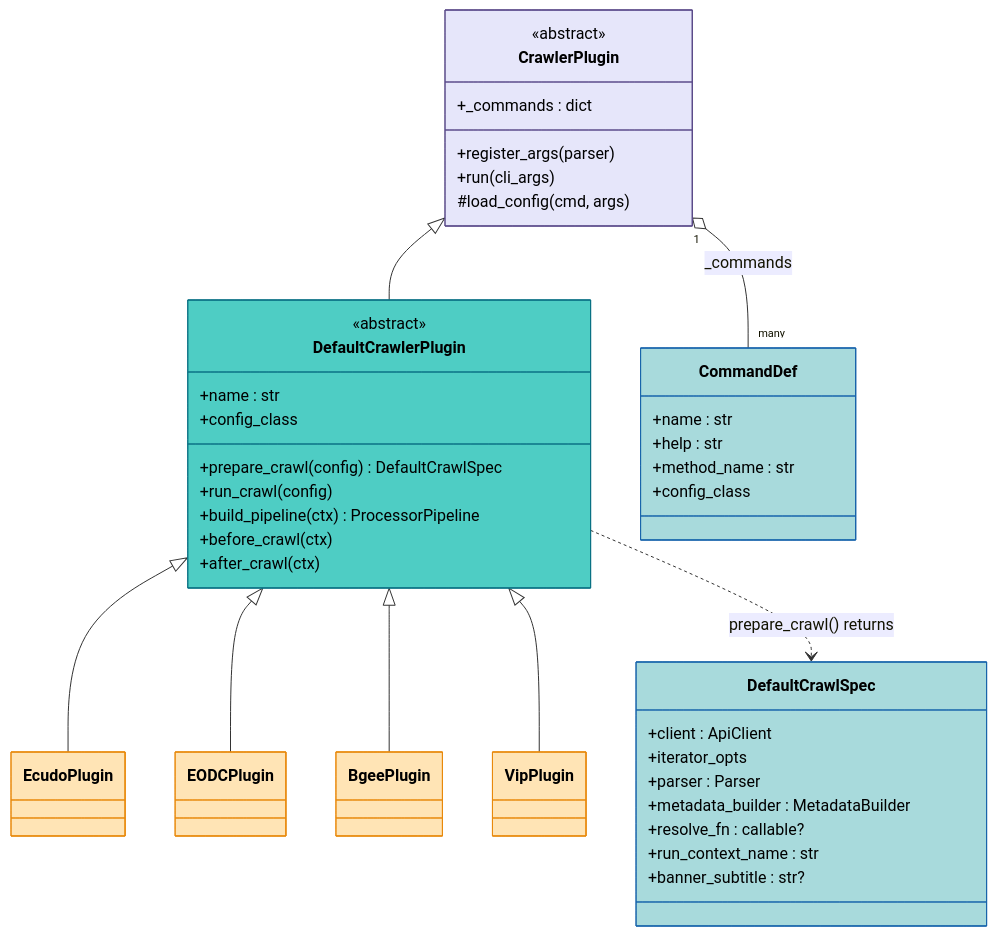
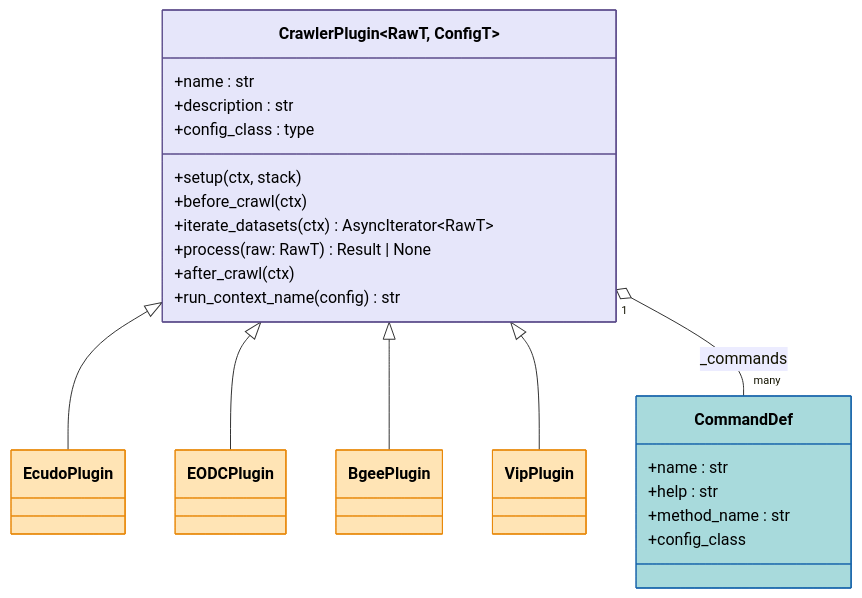
One commit to bergamote156/repository-crawlers changed the first of 4 diagrams in docs/crawlers/arch/plugin-system.md. Above: the diagram before and after it, drawn with Mermaid. The commit also changed other lines of this file and 7 other files, not shown here.

````diff
--- a/docs/crawlers/arch/plugin-system.md
+++ b/docs/crawlers/arch/plugin-system.md
@@ -48,61 +39,40 @@
 ```mermaid
 classDiagram
-    class CrawlerPlugin {
-        <<abstract>>
-        +_commands : dict
-        +register_args(parser)
-        +run(cli_args)
-        #load_config(cmd, args)
-    }
-
-    class DefaultCrawlerPlugin {
-        <<abstract>>
+    class CrawlerPlugin~RawT, ConfigT~ {
         +name : str
-        +config_class
-        +prepare_crawl(config) DefaultCrawlSpec
-        +run_crawl(config)
-        +build_pipeline(ctx) ProcessorPipeline
+        +description : str
+        +config_class : type
+        +setup(ctx, stack)
         +before_crawl(ctx)
+        +iterate_datasets(ctx) AsyncIterator~RawT~
+        +process(raw: RawT) Result | None
         +after_crawl(ctx)
+        +run_context_name(config) str
     }
 
     class CommandDef {
         +name : str
         +help : str
         +method_name : str
         +config_class
     }
 
-    class DefaultCrawlSpec {
-        +client : ApiClient
-        +iterator_opts
-        +parser : Parser
-        +metadata_builder : MetadataBuilder
-        +resolve_fn : callable?
-        +run_context_name : str
-        +banner_subtitle : str?
-    }
-
     class EcudoPlugin
     class EODCPlugin
     class BgeePlugin
     class VipPlugin
 
-    CrawlerPlugin <|-- DefaultCrawlerPlugin
-    DefaultCrawlerPlugin <|-- EcudoPlugin
-    DefaultCrawlerPlugin <|-- EODCPlugin
-    DefaultCrawlerPlugin <|-- BgeePlugin
-    DefaultCrawlerPlugin <|-- VipPlugin
+    CrawlerPlugin <|-- EcudoPlugin
+    CrawlerPlugin <|-- EODCPlugin
+    CrawlerPlugin <|-- BgeePlugin
+    CrawlerPlugin <|-- VipPlugin
 
     CrawlerPlugin "1" o-- "many" CommandDef : _commands
-    DefaultCrawlerPlugin ..> DefaultCrawlSpec : prepare_crawl() returns
 
     style CrawlerPlugin fill:#E6E6FA,stroke:#5B4B8A,color:#000
-    style DefaultCrawlerPlugin fill:#4ECDC4,stroke:#0B7285,color:#000
-    style DefaultCrawlSpec fill:#A8DADC,stroke:#1864AB,color:#000
     style CommandDef fill:#A8DADC,stroke:#1864AB,color:#000
     style EcudoPlugin fill:#FFE4B5,stroke:#E8890C,color:#000
     style EODCPlugin fill:#FFE4B5,stroke:#E8890C,color:#000
     style BgeePlugin fill:#FFE4B5,stroke:#E8890C,color:#000
     style VipPlugin fill:#FFE4B5,stroke:#E8890C,color:#000
 ```
````
